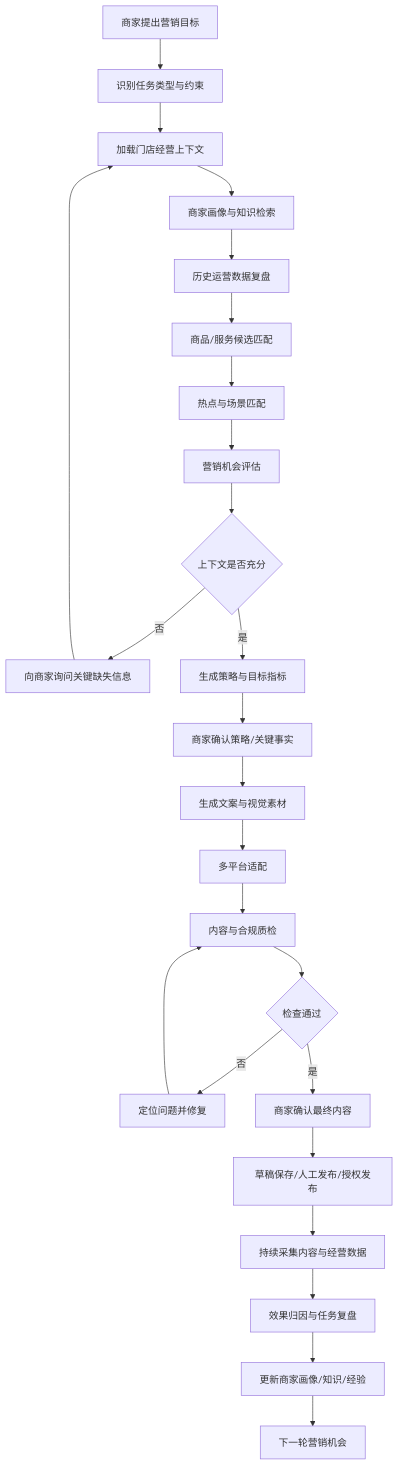
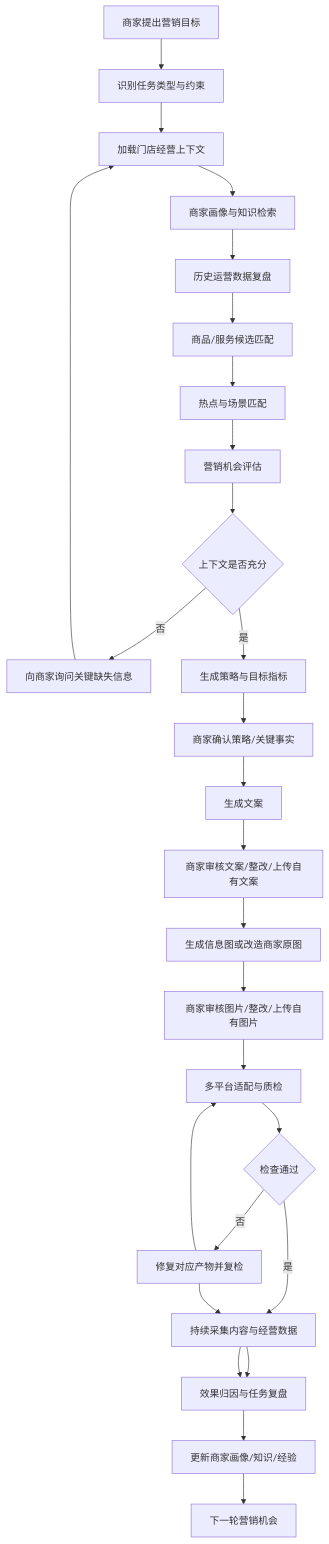
Before and after one commit to dujiu1024-dotcom/Smart-Marketing: the second of 2 diagrams in docs/PRODUCT_DESIGN.md, drawn with Mermaid. The commit also changed other lines of this file, not shown here.

````diff
--- a/docs/PRODUCT_DESIGN.md
+++ b/docs/PRODUCT_DESIGN.md
@@ -680,27 +745,29 @@
 ```mermaid
 flowchart TD
   A[商家提出营销目标] --> B[识别任务类型与约束]
   B --> C[加载门店经营上下文]
   C --> D[商家画像与知识检索]
   D --> E[历史运营数据复盘]
   E --> F[商品/服务候选匹配]
   F --> G[热点与场景匹配]
   G --> H[营销机会评估]
   H --> I{上下文是否充分}
   I -->|否| J[向商家询问关键缺失信息]
   J --> C
   I -->|是| K[生成策略与目标指标]
   K --> L[商家确认策略/关键事实]
-  L --> M[生成文案与视觉素材]
-  M --> N[多平台适配]
-  N --> O[内容与合规质检]
-  O --> P{检查通过}
-  P -->|否| Q[定位问题并修复]
-  Q --> O
-  P -->|是| R[商家确认最终内容]
-  R --> S[草稿保存/人工发布/授权发布]
+  L --> M[生成文案]
+  M --> N[商家审核文案/整改/上传自有文案]
+  N --> O[生成信息图或改造商家原图]
+  O --> P[商家审核图片/整改/上传自有图片]
+  P --> Q[多平台适配与质检]
+  Q --> R{检查通过}
+  R -->|否| S[修复对应产物并复检]
+  S --> Q
+  R -->|是| T[商家最终确认渠道内容]
+  T --> U[草稿保存/人工发布/授权发布]
   S --> T[持续采集内容与经营数据]
   T --> U[效果归因与任务复盘]
   U --> V[更新商家画像/知识/经验]
   V --> W[下一轮营销机会]
 ```
````
